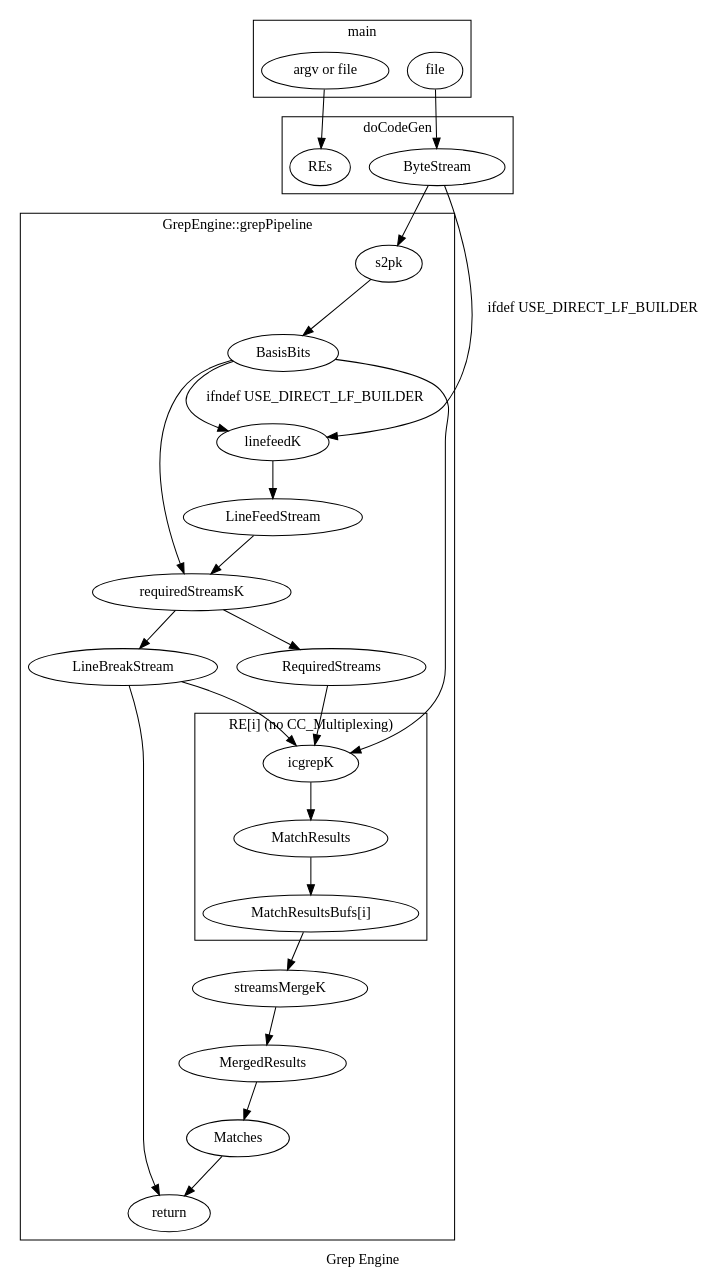
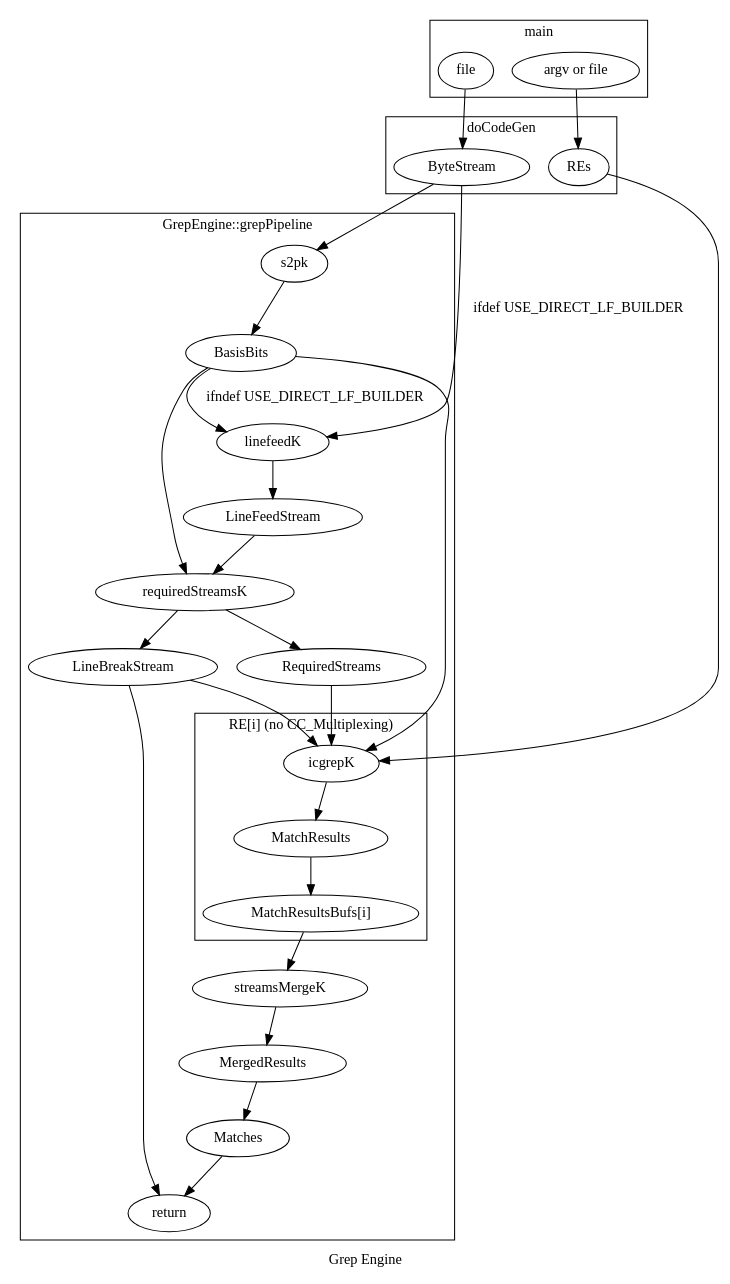
One commit to haynesgt/parabix-gpu-project changed the diagram in icgrep-internal-documentation.md. Above: the diagram before and after it, drawn with Graphviz.

````diff
--- a/icgrep-internal-documentation.md
+++ b/icgrep-internal-documentation.md
@@ -5,69 +5,70 @@
 ```dot
 digraph G {
 label = "Grep Engine"
 
 
 subgraph clusterMain {
 label = "main"
 "argv or file"
 "file"
 }
 "argv or file" -> "REs"
 "file" -> "ByteStream"
 
 subgraph clusterCodeGen {
 label = "doCodeGen"
 "REs"
 "ByteStream"
 }
 
 subgraph clusterG {
 label = "GrepEngine::grepPipeline"
 "LineFeedStream"
 "linefeedK"
 
 "ByteStream" -> "linefeedK" [ label = "ifdef USE_DIRECT_LF_BUILDER" ]
 "linefeedK" -> "LineFeedStream"
 
 "BasisBits"
 "s2pk"
 "ByteStream" -> "s2pk"
 "s2pk" -> "BasisBits"
 
 "BasisBits" -> "linefeedK" [ label = "ifndef USE_DIRECT_LF_BUILDER" ]
 
 "LineBreakStream"
 "requiredStreamsK"
 "RequiredStreams"
 "BasisBits" -> "requiredStreamsK"
 "LineFeedStream" -> "requiredStreamsK"
 "requiredStreamsK" -> "RequiredStreams"
 "requiredStreamsK" -> "LineBreakStream"
 
 subgraph clusterR {
 label = "RE[i] (no CC_Multiplexing)"
 "MatchResults"
 "icgrepK"
 "MatchResultsBufs[i]"
 }
 
+"REs" -> "icgrepK"
 "BasisBits" ->"icgrepK"
 "LineBreakStream" -> "icgrepK"
 "RequiredStreams" -> "icgrepK"
 "icgrepK" -> "MatchResults"
 "MatchResults" -> "MatchResultsBufs[i]"
 
 "MergedResults"
 "streamsMergeK"
 "MatchResultsBufs[i]" -> "streamsMergeK"
 "streamsMergeK" -> "MergedResults"
 
 "MergedResults" -> "Matches"
 
 "LineBreakStream" -> "return"
 "Matches" -> "return"
 
 }
 
 }
 ```
````
